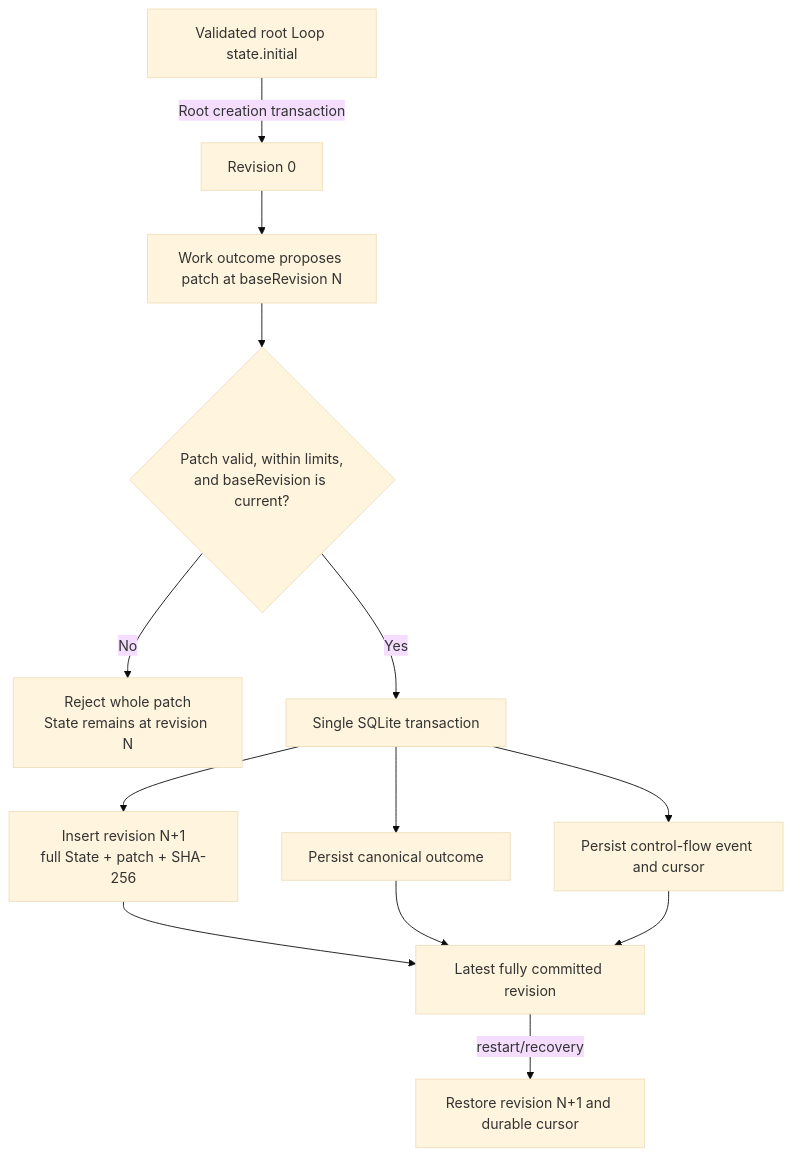
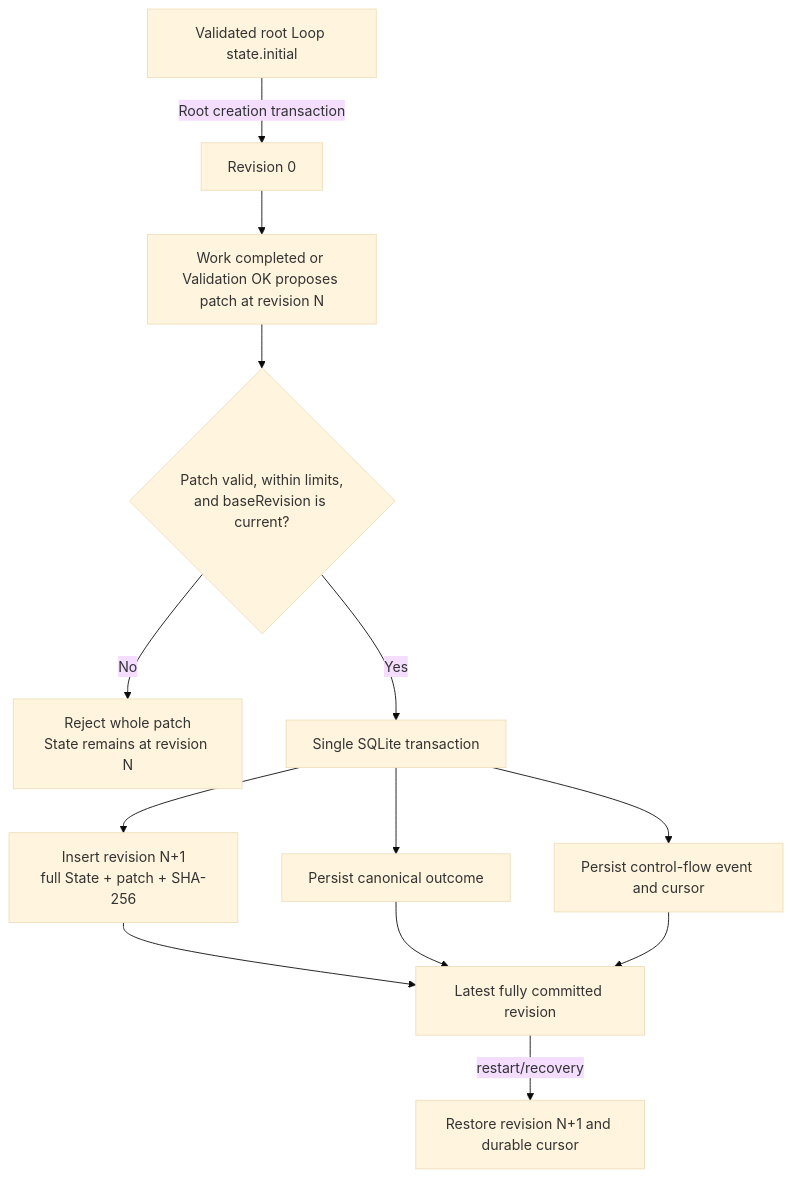
The third of 3 diagrams in .ballet/adr/adr-015-work-loop-state-ja-loop-orchestrator.md (isinisalo/ballet), drawn with Mermaid (base theme) before and after one commit. The commit also changed other lines of this file and 37 other files, not shown here.

````diff
--- a/.ballet/adr/adr-015-work-loop-state-ja-loop-orchestrator.md
+++ b/.ballet/adr/adr-015-work-loop-state-ja-loop-orchestrator.md
@@ -288,15 +298,15 @@
 ```mermaid
 flowchart TD
   I["Validated root Loop state.initial"] -->|"Root creation transaction"| R0["Revision 0"]
-  R0 --> O["Work outcome proposes patch at baseRevision N"]
+  R0 --> O["Work completed or Validation OK proposes patch at revision N"]
   O --> A{"Patch valid, within limits,<br/>and baseRevision is current?"}
   A -->|"No"| E["Reject whole patch<br/>State remains at revision N"]
   A -->|"Yes"| T["Single SQLite transaction"]
   T --> RN["Insert revision N+1<br/>full State + patch + SHA-256"]
   T --> P["Persist canonical outcome"]
   T --> C["Persist control-flow event and cursor"]
   RN --> L["Latest fully committed revision"]
   P --> L
   C --> L
   L -->|"restart/recovery"| S["Restore revision N+1 and durable cursor"]
 ```
````
